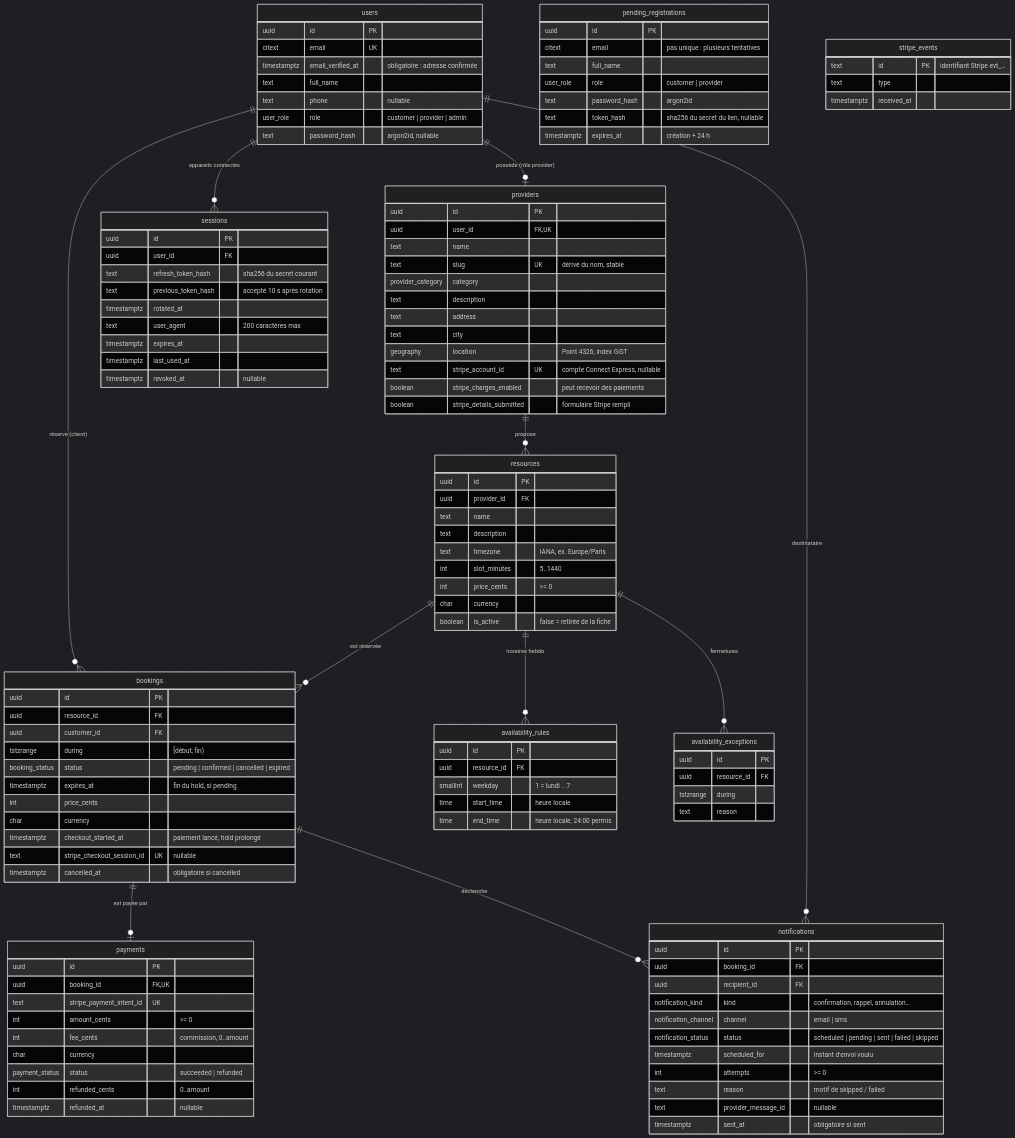
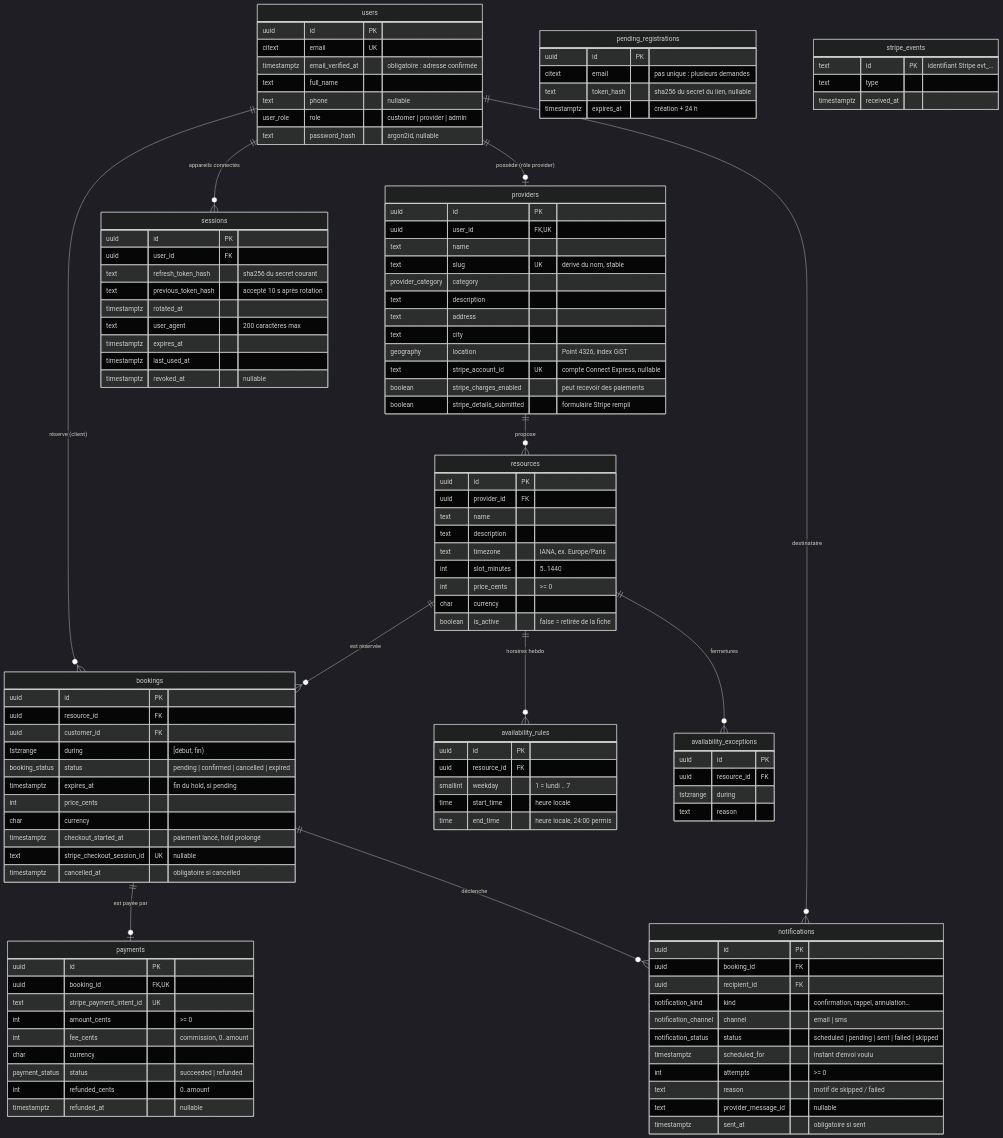
Before and after one commit to KasselFelix/Creno: the diagram in docs/schema.md, drawn with Mermaid (dark theme). The commit also changed other lines of this file and 3 other files, not shown here.

Commit message:
docs: ADR 0011 and schema for the email-first signup

```diff
--- a/docs/schema.md
+++ b/docs/schema.md
@@ -26,10 +26,7 @@
   }
   pending_registrations {
     uuid id PK
-    citext email "pas unique : plusieurs tentatives"
-    text full_name
-    user_role role "customer | provider"
-    text password_hash "argon2id"
+    citext email "pas unique : plusieurs demandes"
     text token_hash "sha256 du secret du lien, nullable"
     timestamptz expires_at "création + 24 h"
   }
```
